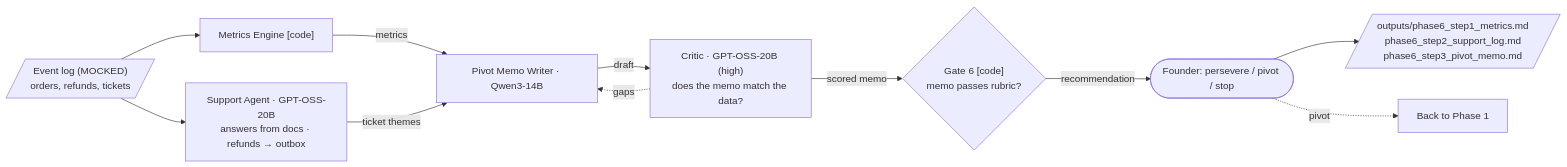
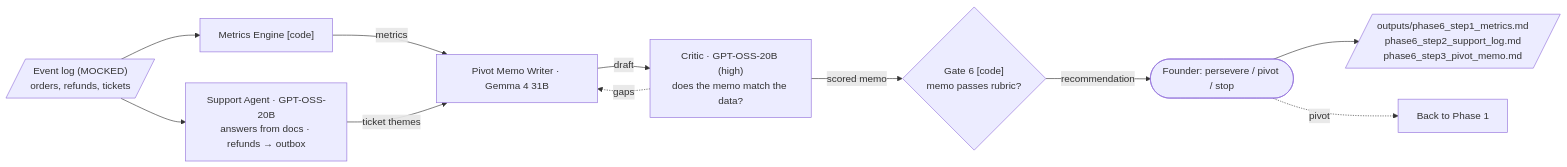
The eighth of 8 diagrams in docs/phase-workflows.md (Lotr2/sudo_win), drawn with Mermaid before and after one commit. The commit also changed other lines of this file and 15 other files, not shown here.

First line of the commit message:
Switch second model from Qwen3-14B to Gemma 4 31B on the Gemini API

````diff
--- a/docs/phase-workflows.md
+++ b/docs/phase-workflows.md
@@ -192,19 +192,19 @@
 ```mermaid
 flowchart LR
   ev[/"Event log (MOCKED)<br/>orders, refunds, tickets"/]
   met["Metrics Engine [code]"]
   sup["Support Agent · GPT-OSS-20B<br/>answers from docs · refunds → outbox"]
-  memo["Pivot Memo Writer · Qwen3-14B"]
+  memo["Pivot Memo Writer · Gemma 4 31B"]
   crit["Critic · GPT-OSS-20B (high)<br/>does the memo match the data?"]
   g6{"Gate 6 [code]<br/>memo passes rubric?"}
   f6(["Founder: persevere / pivot / stop"])
   out6[/"outputs/phase6_step1_metrics.md<br/>phase6_step2_support_log.md<br/>phase6_step3_pivot_memo.md"/]
 
   ev --> met & sup
   met -->|metrics| memo
   sup -->|ticket themes| memo
   memo -->|draft| crit
   crit -.->|gaps| memo
   crit -->|scored memo| g6 -->|recommendation| f6 --> out6
   f6 -.->|pivot| P1["Back to Phase 1"]
 ```
````
